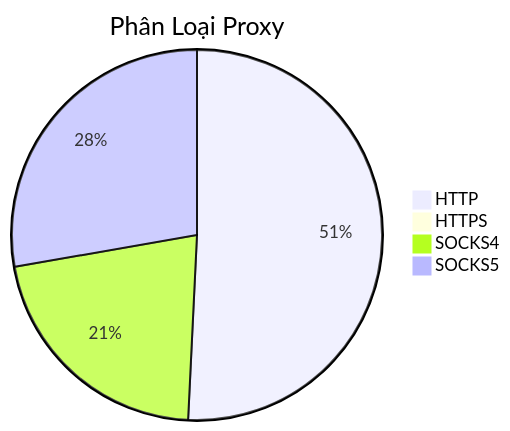
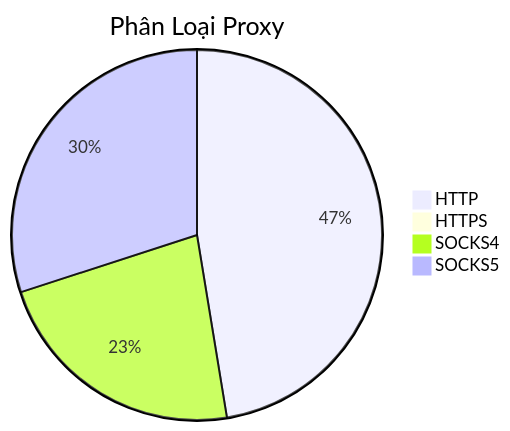
Before and after one commit to Ciara-12/PROXY-free: the diagram in README.md, drawn with Mermaid. The commit also changed other lines of this file and 3 other files, not shown here.

````diff
--- a/README.md
+++ b/README.md
@@ -26,7 +26,7 @@
 ```mermaid
 pie title Phân Loại Proxy
-    "HTTP" : 664
+    "HTTP" : 577
     "HTTPS" : 0
-    "SOCKS4" : 281
-    "SOCKS5" : 363
+    "SOCKS4" : 275
+    "SOCKS5" : 365
 ```
````
